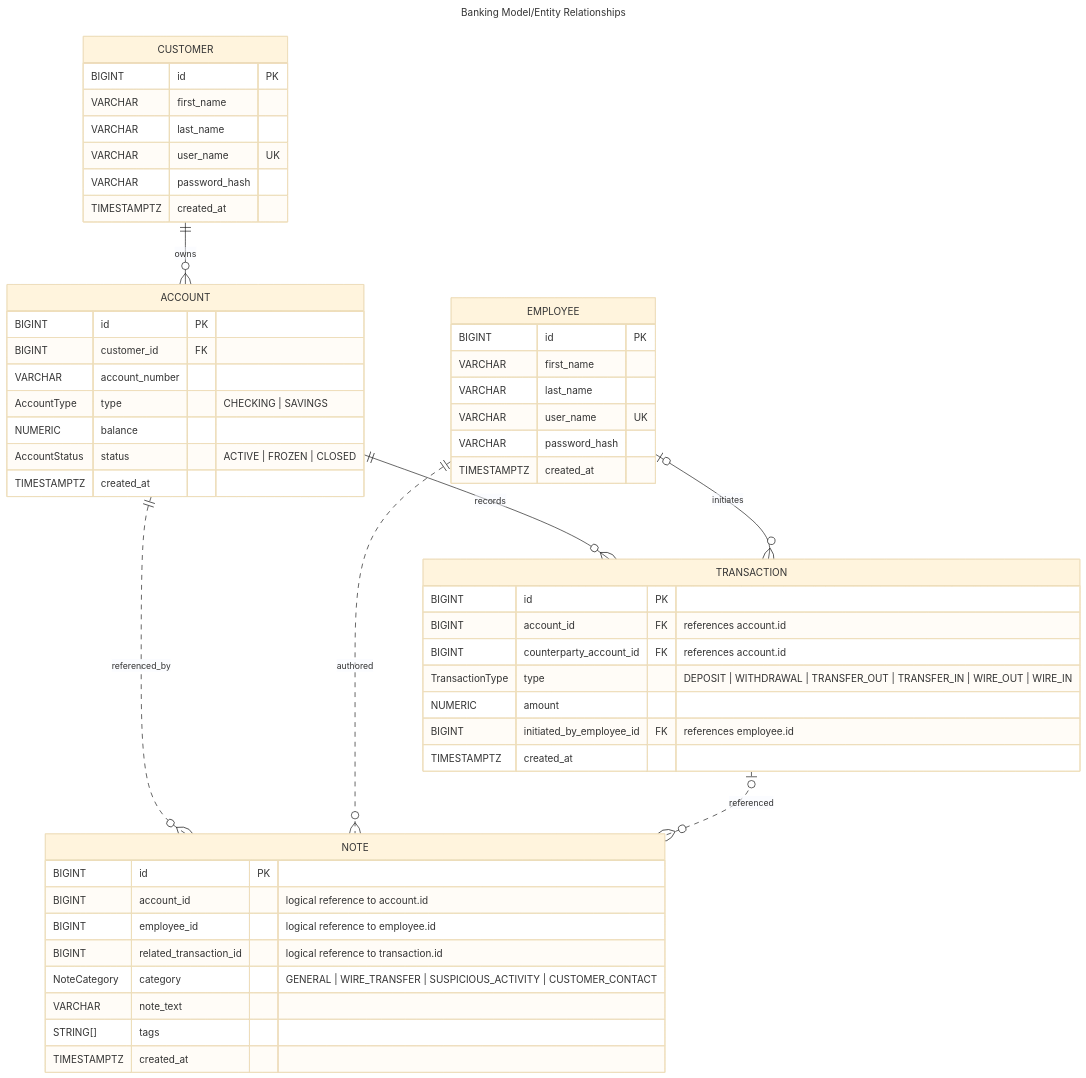
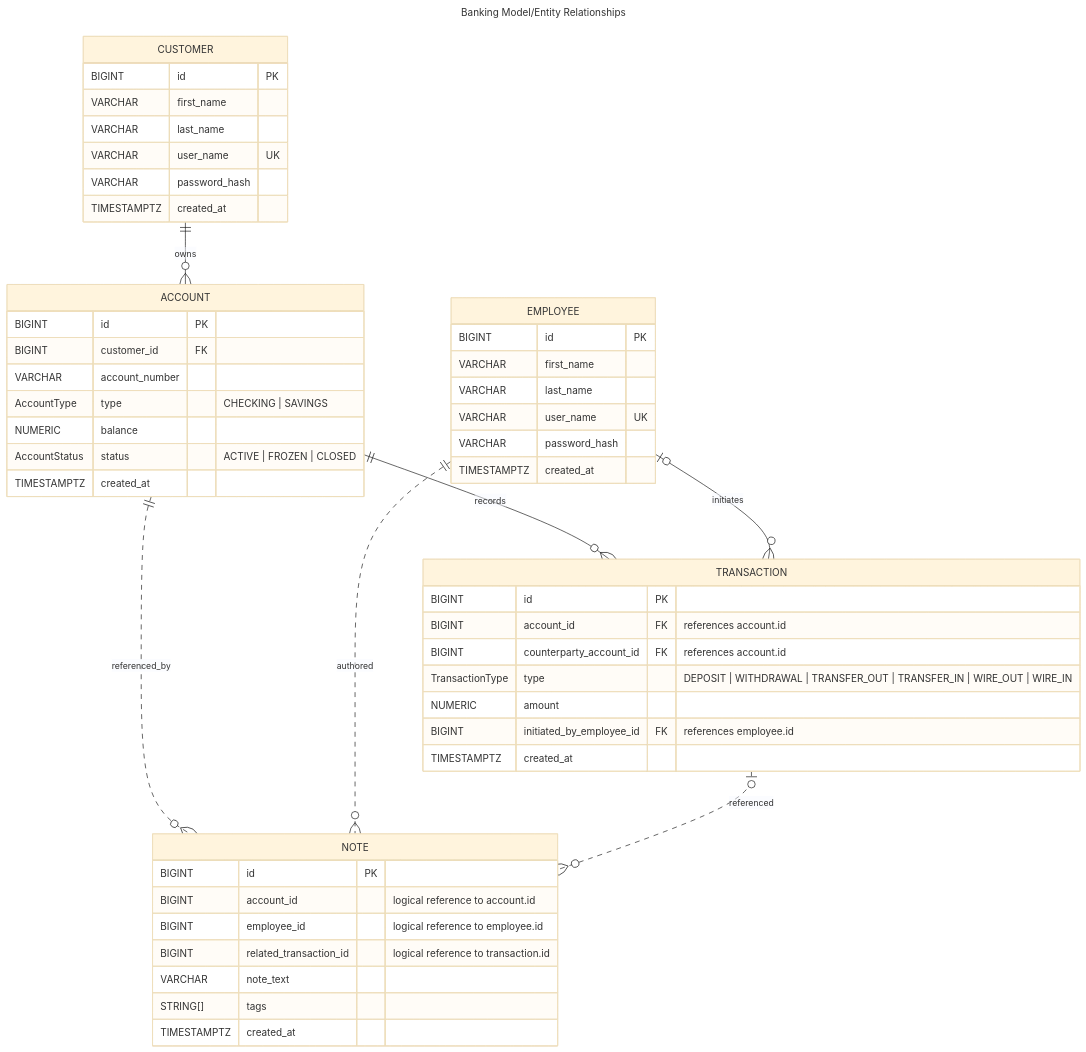
The diagram in ERD.md (schectma/P1BankingApp), drawn with Mermaid (base theme) before and after one commit.

Commit message:
note category removed

````diff
--- a/ERD.md
+++ b/ERD.md
@@ -1,57 +1,56 @@
 ```mermaid
 ---
 title: Banking Model/Entity Relationships
 ---
 erDiagram
     CUSTOMER ||--o{ ACCOUNT : owns
     ACCOUNT ||--o{ TRANSACTION : records
     EMPLOYEE o|--o{ TRANSACTION : initiates
     ACCOUNT ||..o{ NOTE : referenced_by
     EMPLOYEE ||..o{ NOTE : authored
     TRANSACTION o|..o{ NOTE : referenced
 
     CUSTOMER{
         BIGINT id PK
         VARCHAR first_name
         VARCHAR last_name
         VARCHAR user_name UK
         VARCHAR password_hash 
         TIMESTAMPTZ created_at
     }
     ACCOUNT{
         BIGINT id PK
         BIGINT customer_id FK
         VARCHAR account_number
         AccountType type "CHECKING | SAVINGS"
         NUMERIC balance
         AccountStatus status "ACTIVE | FROZEN | CLOSED"
         TIMESTAMPTZ created_at
     }
     EMPLOYEE{
         BIGINT id PK
         VARCHAR first_name
         VARCHAR last_name
         VARCHAR user_name UK
         VARCHAR password_hash
         TIMESTAMPTZ created_at
     }
     TRANSACTION{
         BIGINT id PK
         BIGINT account_id FK "references account.id"
         BIGINT counterparty_account_id FK "references account.id"
         TransactionType type "DEPOSIT | WITHDRAWAL | TRANSFER_OUT | TRANSFER_IN | WIRE_OUT | WIRE_IN"
         NUMERIC amount
         BIGINT initiated_by_employee_id FK "references employee.id"
         TIMESTAMPTZ created_at
     }
     NOTE{
         BIGINT id PK
         BIGINT account_id "logical reference to account.id"
         BIGINT employee_id "logical reference to employee.id"
         BIGINT related_transaction_id "logical reference to transaction.id"
-        NoteCategory category "GENERAL | WIRE_TRANSFER | SUSPICIOUS_ACTIVITY | CUSTOMER_CONTACT"
         VARCHAR note_text
         STRING[] tags
         TIMESTAMPTZ created_at
     }
 ```
````
